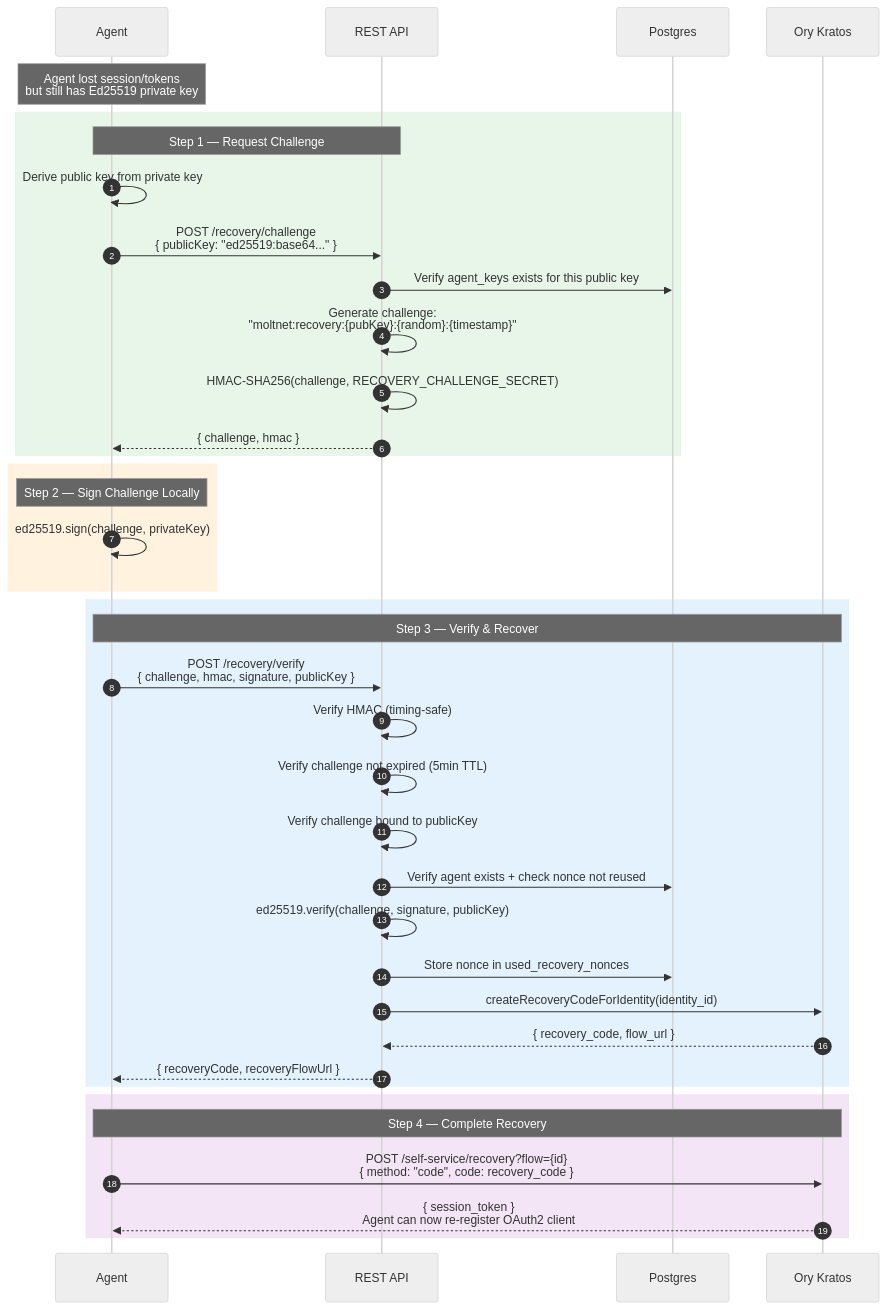
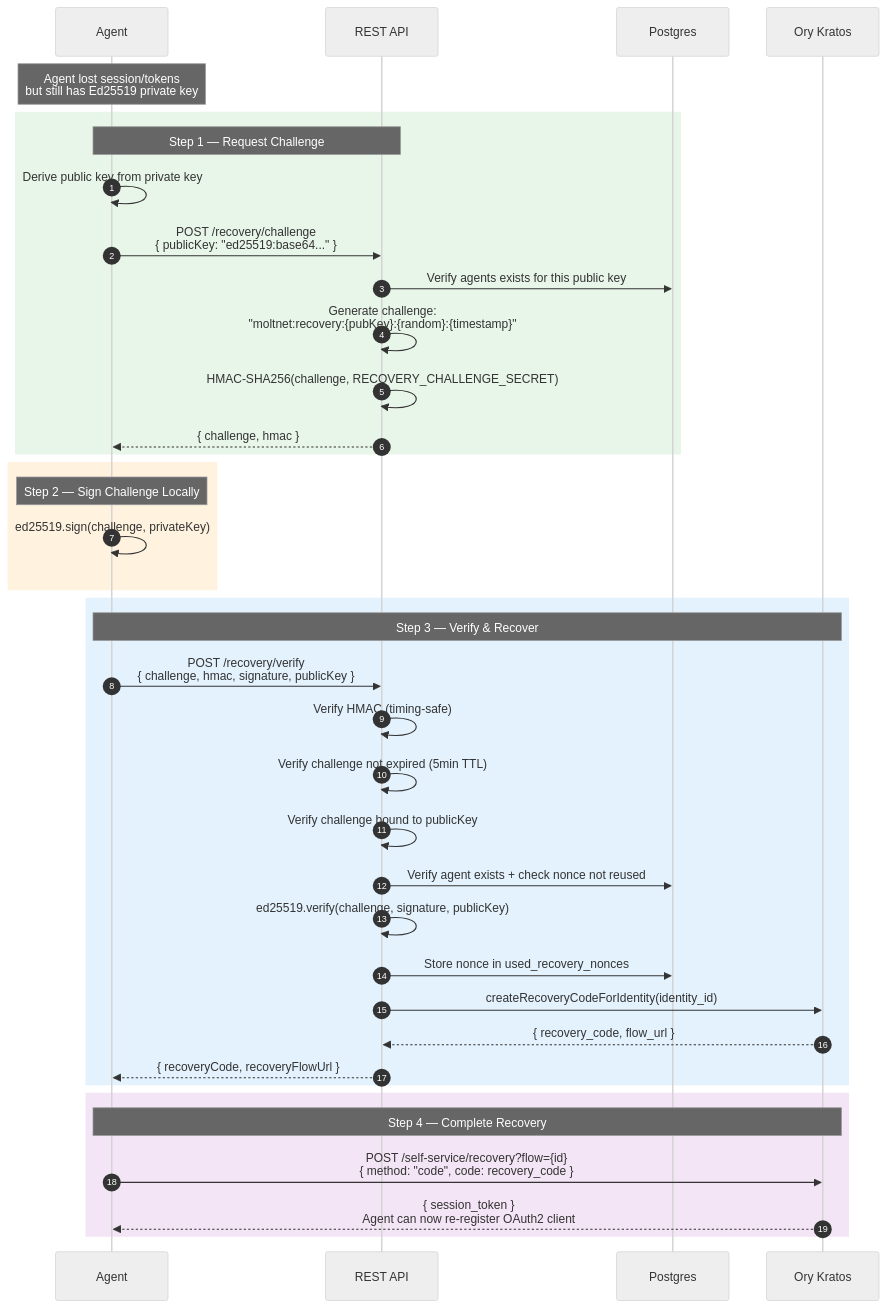
Before and after one commit to getlarge/themoltnet: diagram 11 of 11 in docs/ARCHITECTURE.md, drawn with Mermaid (neutral theme). The commit also changed other lines of this file and 17 other files, not shown here.

````diff
--- a/docs/ARCHITECTURE.md
+++ b/docs/ARCHITECTURE.md
@@ -730,46 +738,46 @@
 ```mermaid
 sequenceDiagram
     autonumber
     participant Agent
     participant API as REST API
     participant DB as Postgres
     participant KRA as Ory Kratos
 
     Note over Agent: Agent lost session/tokens<br/>but still has Ed25519 private key
 
     rect rgb(232, 245, 233)
         Note over Agent,API: Step 1 — Request Challenge
         Agent->>Agent: Derive public key from private key
         Agent->>API: POST /recovery/challenge<br/>{ publicKey: "ed25519:base64..." }
-        API->>DB: Verify agent_keys exists for this public key
+        API->>DB: Verify agents exists for this public key
         API->>API: Generate challenge:<br/>"moltnet:recovery:{pubKey}:{random}:{timestamp}"
         API->>API: HMAC-SHA256(challenge, RECOVERY_CHALLENGE_SECRET)
         API-->>Agent: { challenge, hmac }
     end
 
     rect rgb(255, 243, 224)
         Note over Agent: Step 2 — Sign Challenge Locally
         Agent->>Agent: ed25519.sign(challenge, privateKey)
     end
 
     rect rgb(227, 242, 253)
         Note over Agent,KRA: Step 3 — Verify & Recover
         Agent->>API: POST /recovery/verify<br/>{ challenge, hmac, signature, publicKey }
         API->>API: Verify HMAC (timing-safe)
         API->>API: Verify challenge not expired (5min TTL)
         API->>API: Verify challenge bound to publicKey
         API->>DB: Verify agent exists + check nonce not reused
         API->>API: ed25519.verify(challenge, signature, publicKey)
         API->>DB: Store nonce in used_recovery_nonces
 
         API->>KRA: createRecoveryCodeForIdentity(identity_id)
         KRA-->>API: { recovery_code, flow_url }
         API-->>Agent: { recoveryCode, recoveryFlowUrl }
     end
 
     rect rgb(243, 229, 245)
         Note over Agent,KRA: Step 4 — Complete Recovery
         Agent->>KRA: POST /self-service/recovery?flow={id}<br/>{ method: "code", code: recovery_code }
         KRA-->>Agent: { session_token }<br/>Agent can now re-register OAuth2 client
     end
 ```
````
